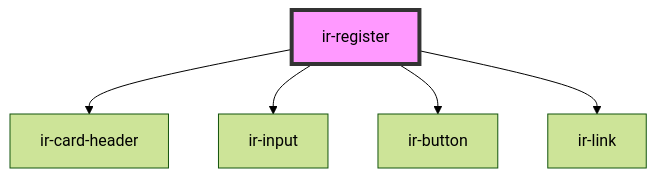
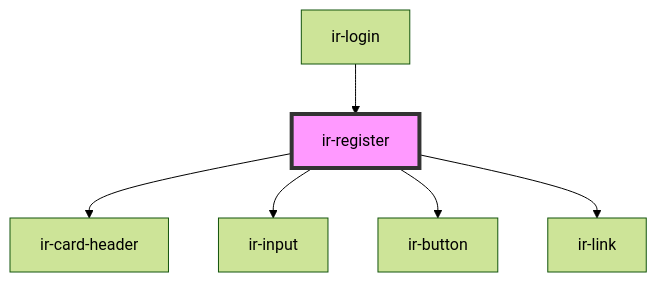
One commit to David1Chowaifaty/assignment-2-web-c changed the diagram in src/components/ir-register/readme.md. Above: the diagram before and after it, drawn with Mermaid (forest theme). The commit also changed other lines of this file and 10 other files, not shown here.

````diff
--- a/src/components/ir-register/readme.md
+++ b/src/components/ir-register/readme.md
@@ -18,8 +30,9 @@
 ```mermaid
 graph TD;
   ir-register --> ir-card-header
   ir-register --> ir-input
   ir-register --> ir-button
   ir-register --> ir-link
+  ir-login --> ir-register
   style ir-register fill:#f9f,stroke:#333,stroke-width:4px
 ```
````
